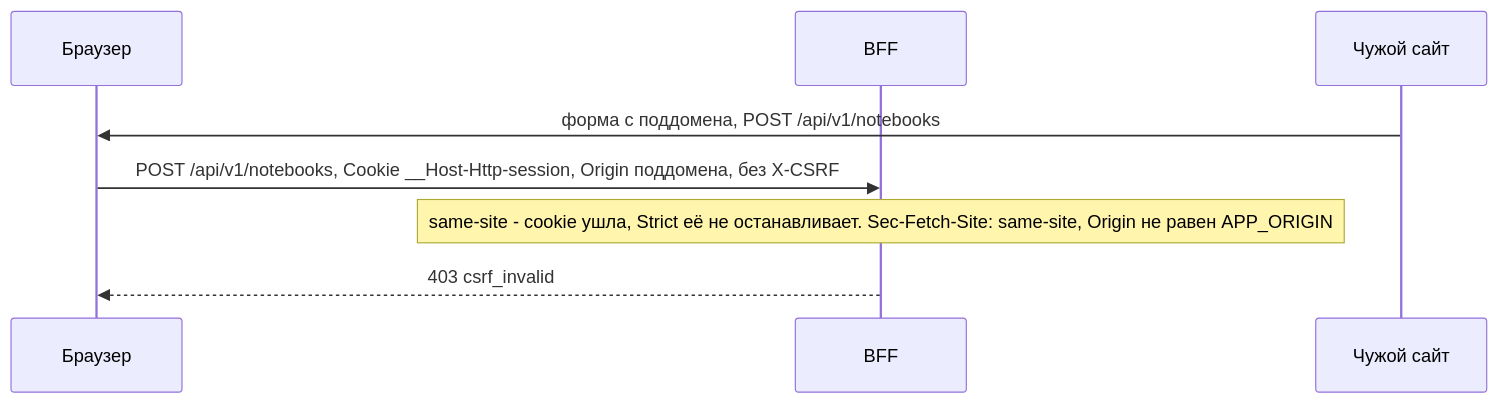
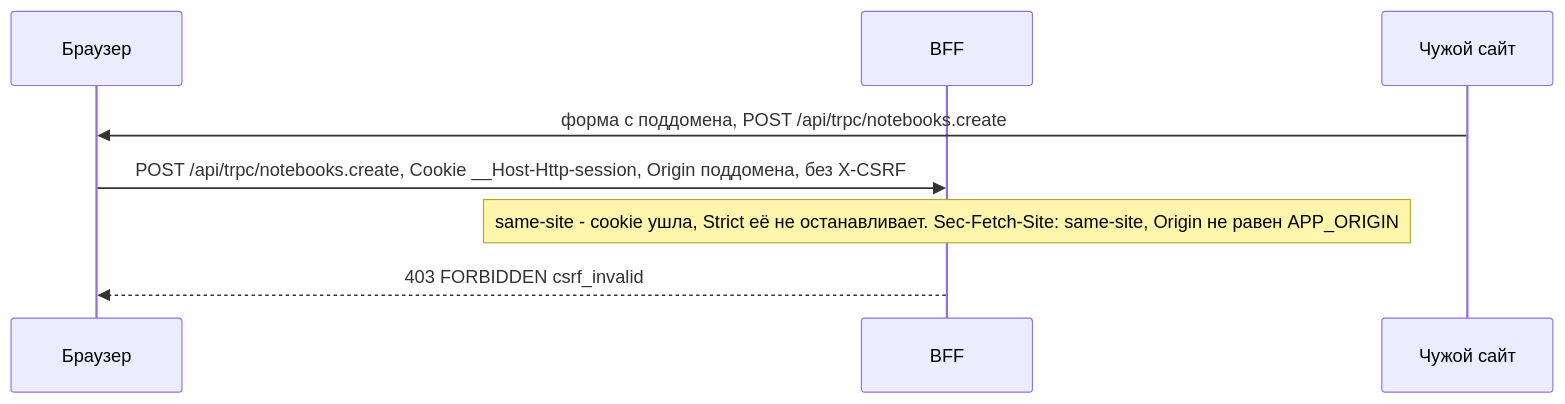
The eighth of 10 diagrams in site/modules/2026-10/tracks/bff/auth.md (Cringe-Driven-Development-Team/docs), drawn with Mermaid before and after one commit. The commit also changed other lines of this file and 1 other file, not shown here.

````diff
--- a/site/modules/2026-10/tracks/bff/auth.md
+++ b/site/modules/2026-10/tracks/bff/auth.md
@@ -314,10 +316,10 @@
 ```mermaid
 sequenceDiagram
   participant B as Браузер
   participant P as BFF
   participant E as Чужой сайт
-  E->>B: форма с поддомена, POST /api/v1/notebooks
-  B->>P: POST /api/v1/notebooks, Cookie __Host-Http-session, Origin поддомена, без X-CSRF
+  E->>B: форма с поддомена, POST /api/trpc/notebooks.create
+  B->>P: POST /api/trpc/notebooks.create, Cookie __Host-Http-session, Origin поддомена, без X-CSRF
   Note over P: same-site - cookie ушла, Strict её не останавливает. Sec-Fetch-Site: same-site, Origin не равен APP_ORIGIN
-  P-->>B: 403 csrf_invalid
+  P-->>B: 403 FORBIDDEN csrf_invalid
 ```
````
